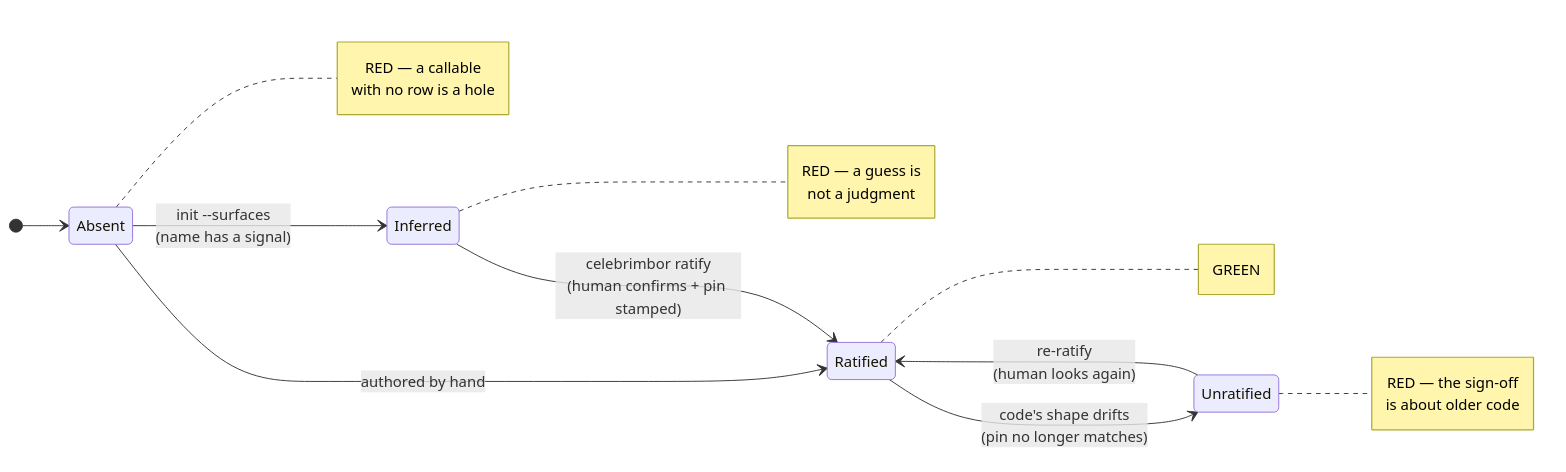
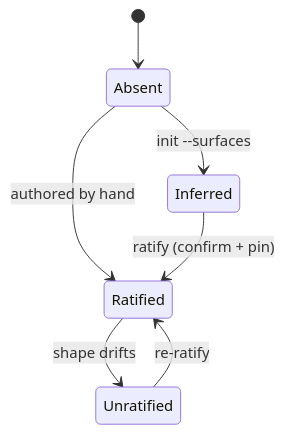
The diagram in docs/concepts/roles.md (clintecker/celebrimbor), drawn with Mermaid before and after one commit. The commit also changed other lines of this file and 11 other files, not shown here.

````diff
--- a/docs/concepts/roles.md
+++ b/docs/concepts/roles.md
@@ -114,25 +114,9 @@
 ```mermaid
 stateDiagram-v2
-    direction LR
     [*] --> Absent
-    Absent --> Inferred: init --surfaces<br/>(name has a signal)
+    Absent --> Inferred: init --surfaces
     Absent --> Ratified: authored by hand
-    Inferred --> Ratified: celebrimbor ratify<br/>(human confirms + pin stamped)
-    Ratified --> Unratified: code's shape drifts<br/>(pin no longer matches)
-    Unratified --> Ratified: re-ratify<br/>(human looks again)
-    note right of Absent
-        RED — a callable
-        with no row is a hole
-    end note
-    note right of Inferred
-        RED — a guess is
-        not a judgment
-    end note
-    note right of Ratified
-        GREEN
-    end note
-    note right of Unratified
-        RED — the sign-off
-        is about older code
-    end note
+    Inferred --> Ratified: ratify (confirm + pin)
+    Ratified --> Unratified: shape drifts
+    Unratified --> Ratified: re-ratify
 ```
````
